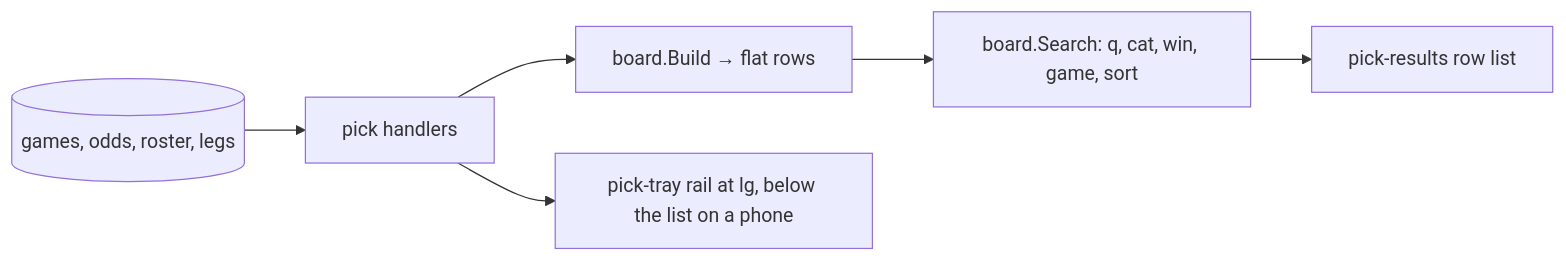
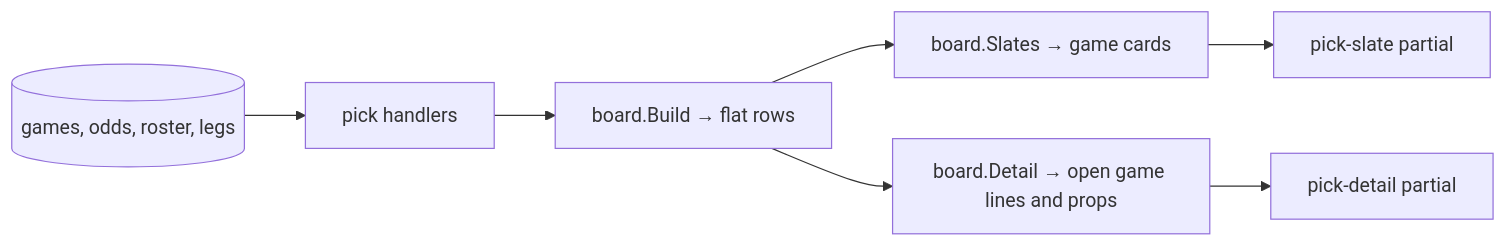
Before and after one commit to kalverra/parlay-club: the first of 4 diagrams in changes/game-first-board/design.md, drawn with Mermaid. The commit also changed other lines of this file and 11 other files, not shown here.

First line of the commit message:
Final gate fixes for game-first-board

````diff
--- a/changes/game-first-board/design.md
+++ b/changes/game-first-board/design.md
@@ -36,8 +37,9 @@
 ```mermaid
 flowchart LR
   DB[(games, odds, roster, legs)] --> H[pick handlers]
   H --> B[board.Build → flat rows]
-  B --> S[board.Search: q, cat, win, game, sort]
-  S --> R[pick-results row list]
-  H --> T[pick-tray rail at lg, below the list on a phone]
+  B --> S[board.Slates → game cards]
+  B --> D[board.Detail → open game lines and props]
+  S --> R[pick-slate partial]
+  D --> P[pick-detail partial]
 ```
````
